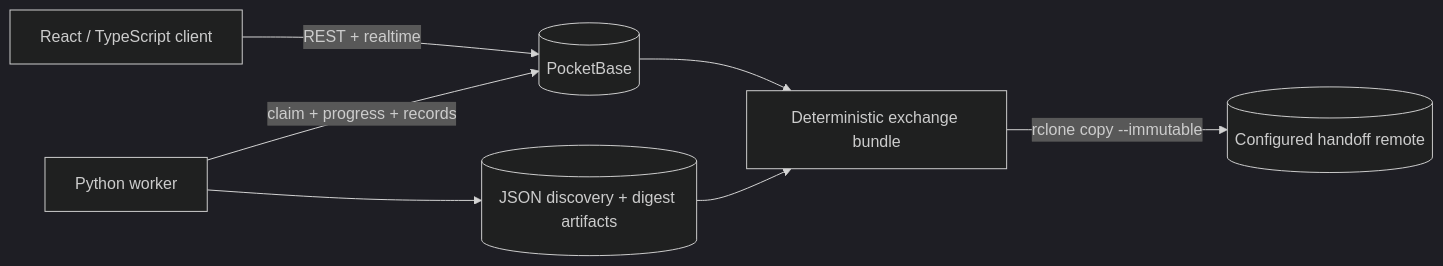
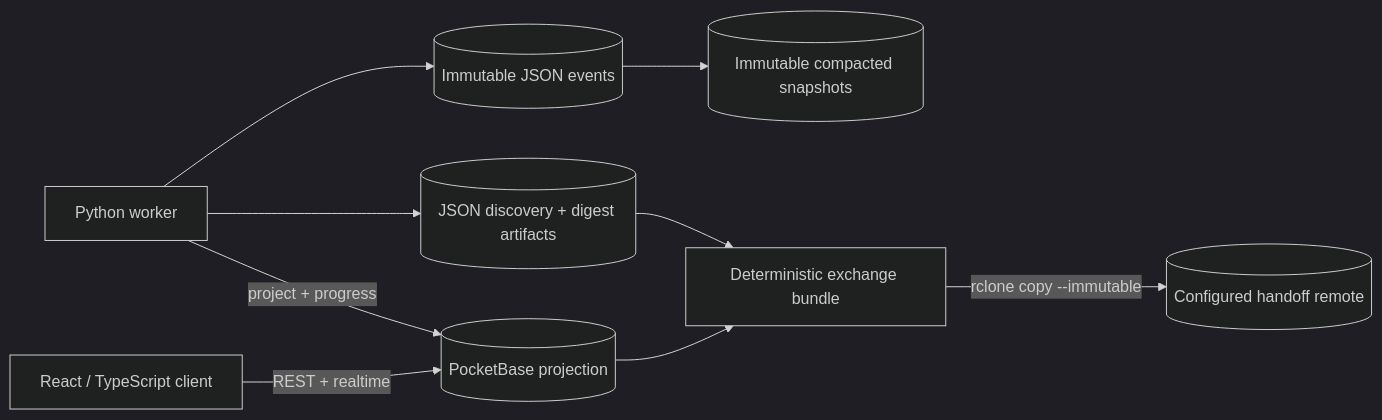
Before and after one commit to xingh/tekt.observer: the first of 4 diagrams in .knowledge/architecture.md, drawn with Mermaid (dark theme). The commit also changed other lines of this file and 14 other files, not shown here.

Commit message:
Add immutable JSON journal and automatic snapshot compaction

````diff
--- a/.knowledge/architecture.md
+++ b/.knowledge/architecture.md
@@ -7,9 +7,11 @@
 ```mermaid
 flowchart LR
-  UI[React / TypeScript client] -->|REST + realtime| PB[(PocketBase)]
-  Worker[Python worker] -->|claim + progress + records| PB
+  UI[React / TypeScript client] -->|REST + realtime| PB[(PocketBase projection)]
+  Worker[Python worker] --> Journal[(Immutable JSON events)]
+  Journal --> Snapshot[(Immutable compacted snapshots)]
+  Worker -->|project + progress| PB
   Worker --> Artifacts[(JSON discovery + digest artifacts)]
   PB --> Export[Deterministic exchange bundle]
   Artifacts --> Export
   Export -->|rclone copy --immutable| Remote[(Configured handoff remote)]
 ```
````
